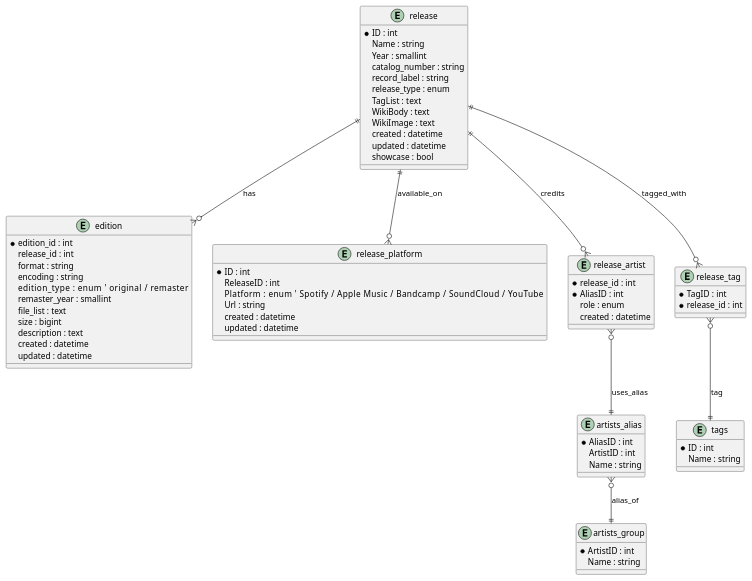
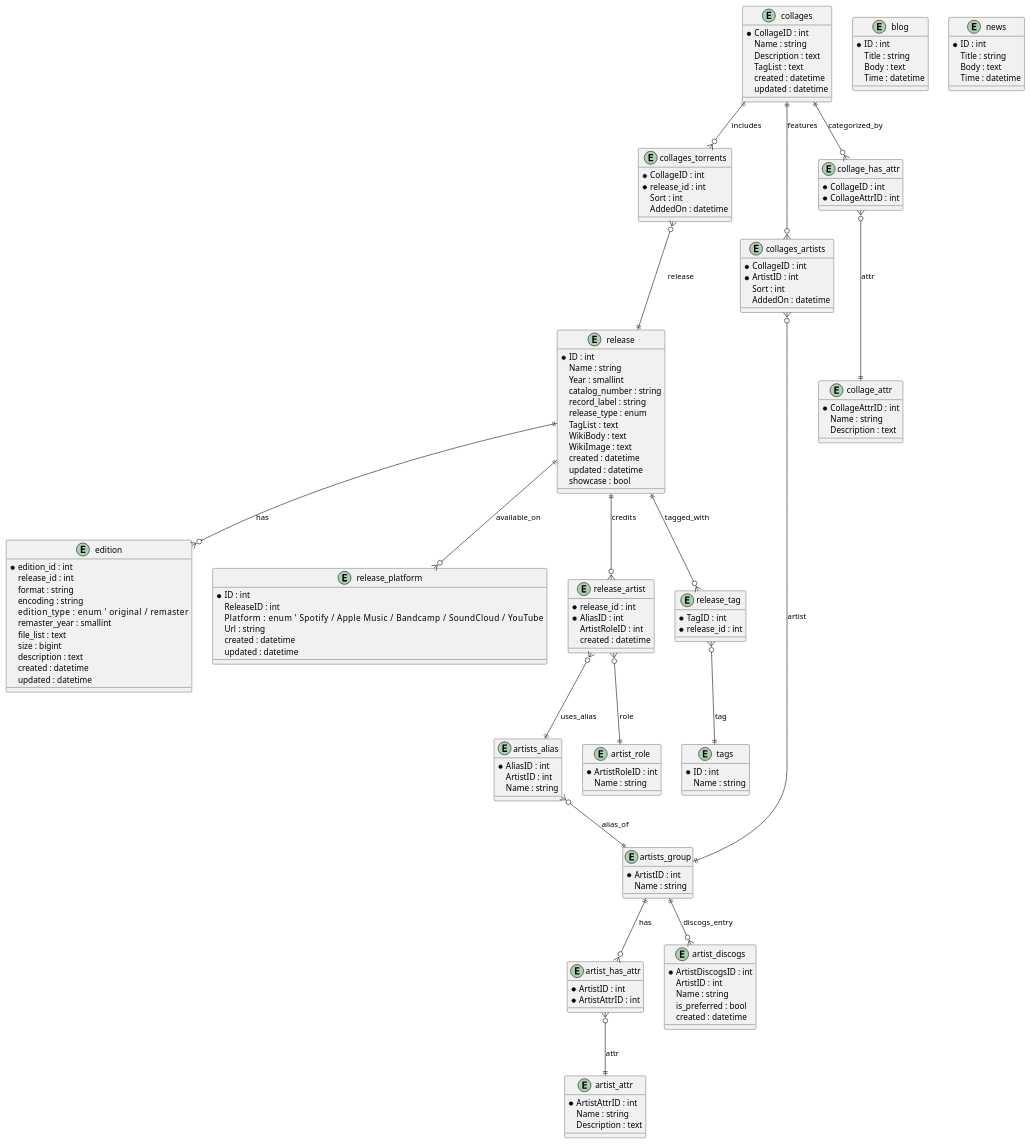
Before and after one commit to Walrus94/DotM: the diagram in docs/plantuml/target.puml, drawn with PlantUML.

Commit message:
docs: expand target schema

```diff
--- a/docs/plantuml/target.puml
+++ b/docs/plantuml/target.puml
@@ -1,75 +1,159 @@
 @startuml
 entity "release" as Release {
   *ID : int
   Name : string
   Year : smallint
   catalog_number : string
   record_label : string
   release_type : enum
   TagList : text
   WikiBody : text
   WikiImage : text
   created : datetime
   updated : datetime
   showcase : bool
 }
 
 entity "edition" as Edition {
   *edition_id : int
   release_id : int
   format : string
   encoding : string
   edition_type : enum        ' original / remaster
   remaster_year : smallint
   file_list : text
   size : bigint
   description : text
   created : datetime
   updated : datetime
 }
 
 entity "release_platform" as ReleasePlatform {
   *ID : int
   ReleaseID : int
   Platform : enum            ' Spotify / Apple Music / Bandcamp / SoundCloud / YouTube
   Url : string
   created : datetime
   updated : datetime
 }
 
 entity "artists_group" as Artist {
   *ArtistID : int
   Name : string
 }
 
 entity "artists_alias" as ArtistAlias {
   *AliasID : int
   ArtistID : int
   Name : string
 }
 
 entity "release_artist" as ReleaseArtist {
   *release_id : int
   *AliasID : int
-  role : enum
+  ArtistRoleID : int
   created : datetime
+}
+
+entity "artist_role" as ArtistRole {
+  *ArtistRoleID : int
+  Name : string
+}
+
+entity "artist_attr" as ArtistAttr {
+  *ArtistAttrID : int
+  Name : string
+  Description : text
+}
+
+entity "artist_has_attr" as ArtistHasAttr {
+  *ArtistID : int
+  *ArtistAttrID : int
 }
 
 entity "tags" as Tag {
   *ID : int
   Name : string
 }
 
 entity "release_tag" as ReleaseTag {
   *TagID : int
   *release_id : int
 }
 
 Release ||--o{ Edition : has
 Release ||--o{ ReleasePlatform : available_on
 Release ||--o{ ReleaseArtist : credits
 Release ||--o{ ReleaseTag : tagged_with
 ReleaseArtist }o--|| ArtistAlias : uses_alias
+ReleaseArtist }o--|| ArtistRole : role
 ArtistAlias }o--|| Artist : alias_of
+Artist ||--o{ ArtistHasAttr : has
+ArtistHasAttr }o--|| ArtistAttr : attr
 ReleaseTag }o--|| Tag : tag
+
+entity "collages" as Collage {
+  *CollageID : int
+  Name : string
+  Description : text
+  TagList : text
+  created : datetime
+  updated : datetime
+}
+
+entity "collages_torrents" as CollageRelease {
+  *CollageID : int
+  *release_id : int
+  Sort : int
+  AddedOn : datetime
+}
+
+entity "collages_artists" as CollageArtist {
+  *CollageID : int
+  *ArtistID : int
+  Sort : int
+  AddedOn : datetime
+}
+
+entity "collage_attr" as CollageAttr {
+  *CollageAttrID : int
+  Name : string
+  Description : text
+}
+
+entity "collage_has_attr" as CollageHasAttr {
+  *CollageID : int
+  *CollageAttrID : int
+}
+
+Collage ||--o{ CollageRelease : includes
+CollageRelease }o--|| Release : release
+Collage ||--o{ CollageArtist : features
+CollageArtist }o--|| Artist : artist
+Collage ||--o{ CollageHasAttr : categorized_by
+CollageHasAttr }o--|| CollageAttr : attr
+
+entity "artist_discogs" as ArtistDiscogs {
+  *ArtistDiscogsID : int
+  ArtistID : int
+  Name : string
+  is_preferred : bool
+  created : datetime
+}
+
+Artist ||--o{ ArtistDiscogs : discogs_entry
+
+entity "blog" as Blog {
+  *ID : int
+  Title : string
+  Body : text
+  Time : datetime
+}
+
+entity "news" as News {
+  *ID : int
+  Title : string
+  Body : text
+  Time : datetime
+}
 @enduml
```
